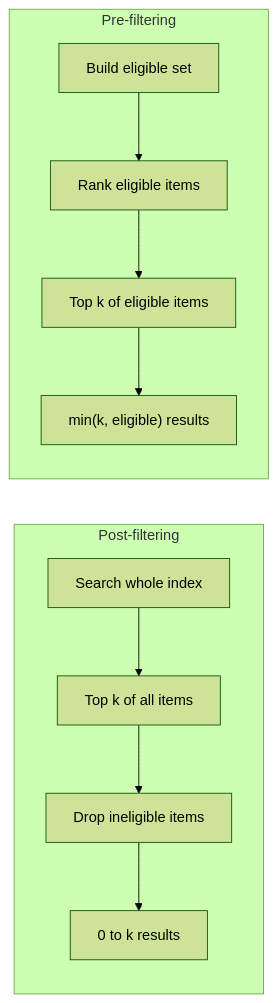
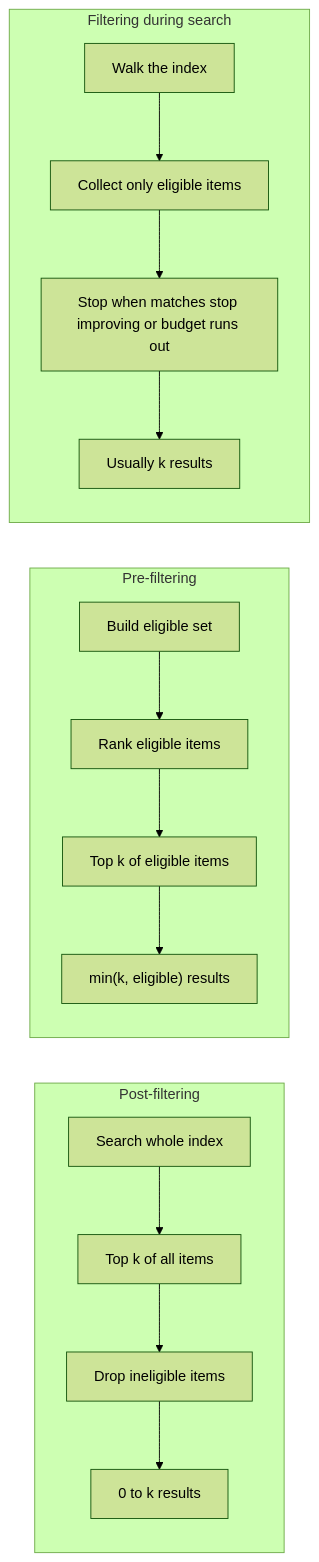
One commit to Mu-L/helix-db changed the diagram in docs/learn/vector-search/filtered-vector-search.mdx. Above: the diagram before and after it, drawn with Mermaid (forest theme). The commit also changed other lines of this file and 21 other files, not shown here.

````diff
--- a/docs/learn/vector-search/filtered-vector-search.mdx
+++ b/docs/learn/vector-search/filtered-vector-search.mdx
@@ -65,15 +80,21 @@
 ```mermaid
 flowchart LR
     subgraph post["Post-filtering"]
         direction TB
         a1["Search whole index"] --> a2["Top k of all items"]
         a2 --> a3["Drop ineligible items"]
         a3 --> a4["0 to k results"]
     end
     subgraph pre["Pre-filtering"]
         direction TB
         b1["Build eligible set"] --> b2["Rank eligible items"]
         b2 --> b3["Top k of eligible items"]
         b3 --> b4["min(k, eligible) results"]
     end
+    subgraph during["Filtering during search"]
+        direction TB
+        c1["Walk the index"] --> c2["Collect only eligible items"]
+        c2 --> c3["Stop when matches stop improving or budget runs out"]
+        c3 --> c4["Usually k results"]
+    end
 ```
````
